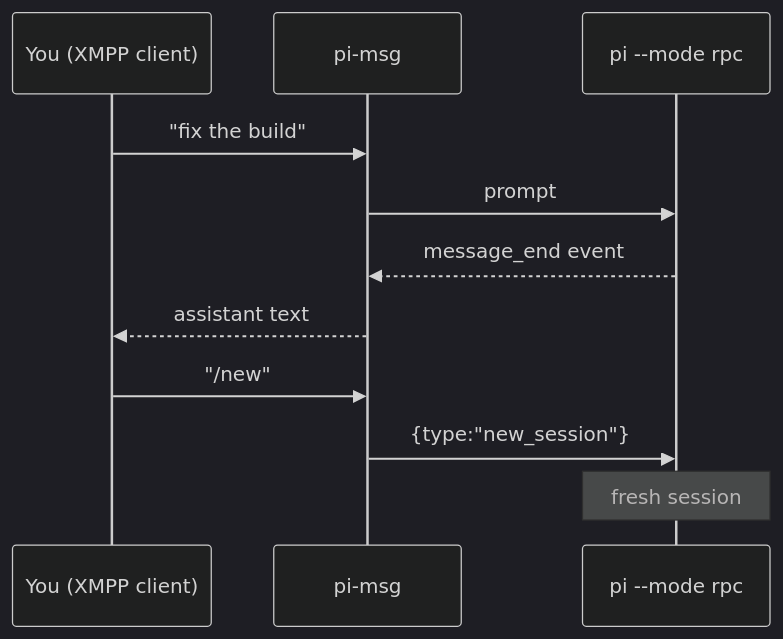
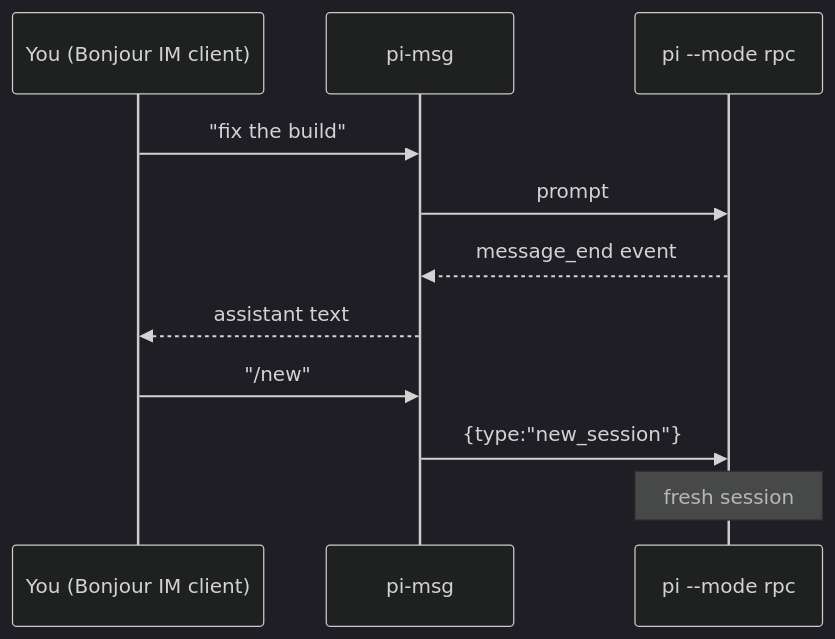
The diagram in README.md (NoRaincheck/pi-msg), drawn with Mermaid (dark theme) before and after one commit. The commit also changed other lines of this file and 15 other files, not shown here.

````diff
--- a/README.md
+++ b/README.md
@@ -25,13 +25,13 @@
 ```mermaid
 sequenceDiagram
-    participant You as You (XMPP client)
+    participant You as You (Bonjour IM client)
     participant Bridge as pi-msg
     participant Pi as pi --mode rpc
     You->>Bridge: "fix the build"
     Bridge->>Pi: prompt
     Pi-->>Bridge: message_end event
     Bridge-->>You: assistant text
     You->>Bridge: "/new"
     Bridge->>Pi: {type:"new_session"}
     Note over Pi: fresh session
 ```
````
